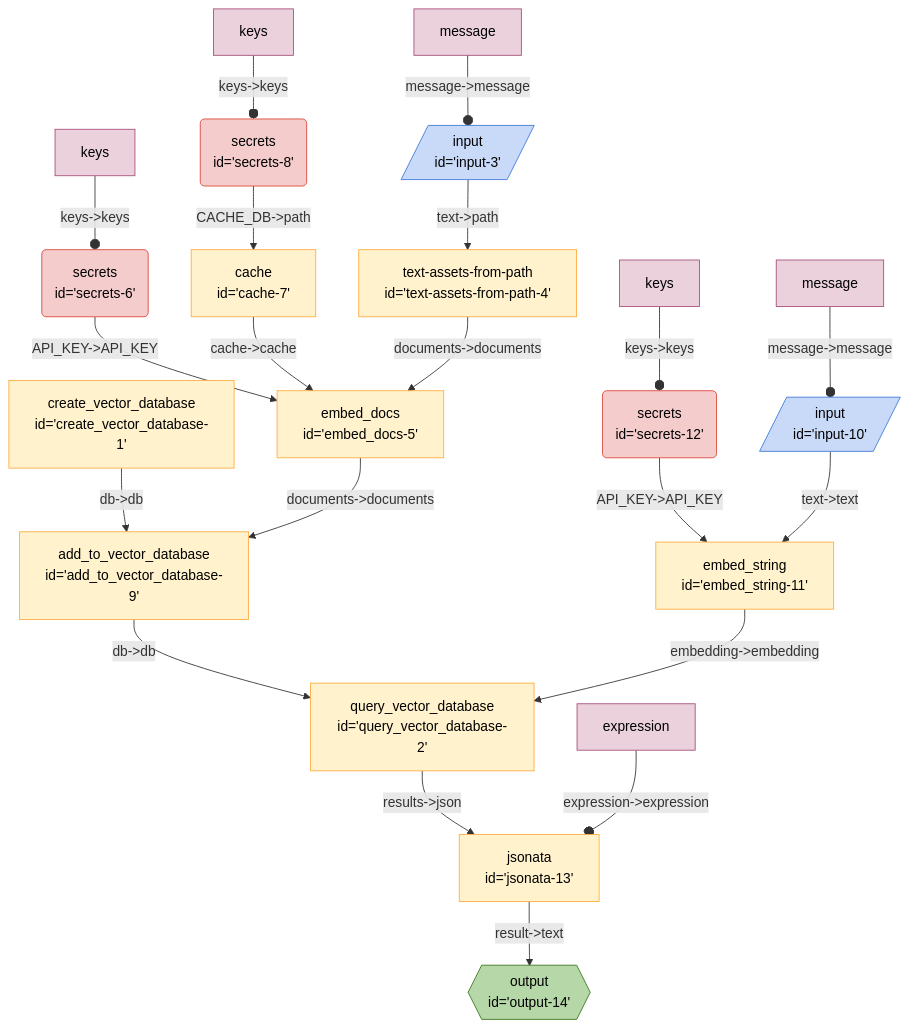
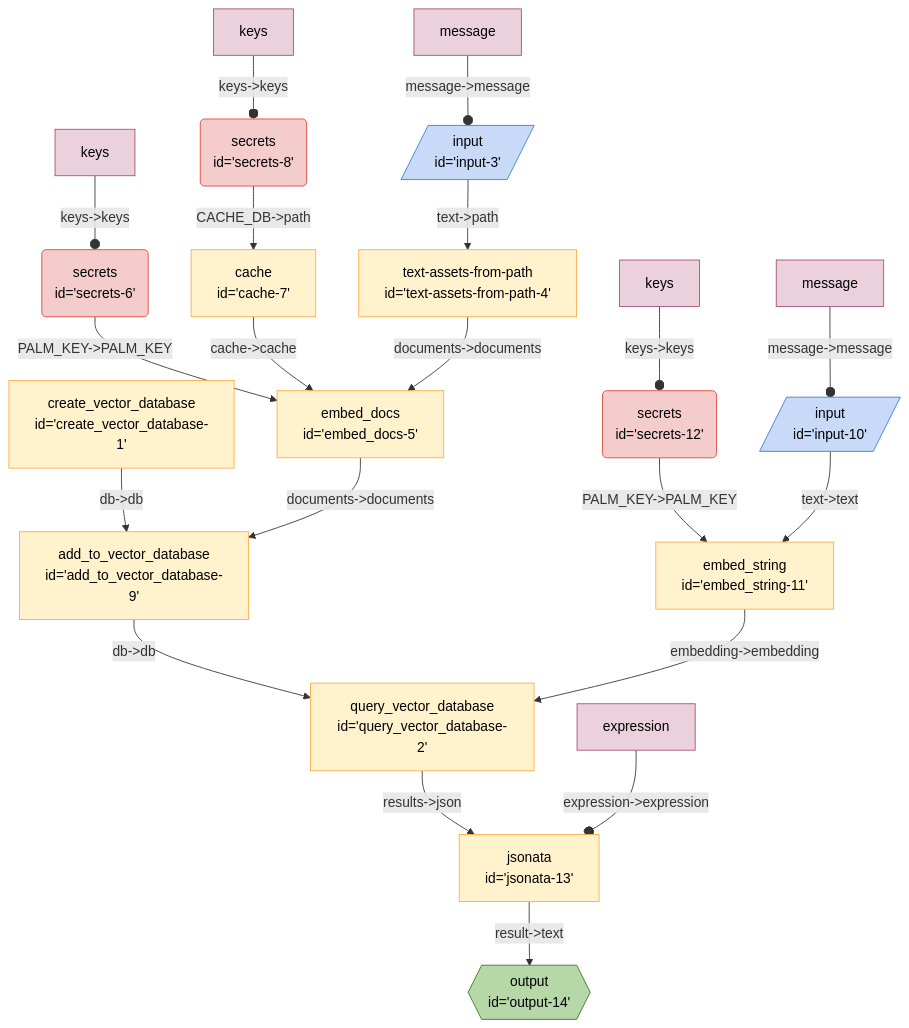
The diagram in seeds/graph-playground/docs/graphs/find-file-by-similarity.md (breadboard-ai/breadboard), drawn with Mermaid before and after one commit. The commit also changed 72 other files, not shown here.

Commit message:
Rename API_KEY to PALM_KEY. Fixes #72.

````diff
--- a/seeds/graph-playground/docs/graphs/find-file-by-similarity.md
+++ b/seeds/graph-playground/docs/graphs/find-file-by-similarity.md
@@ -5,57 +5,57 @@
   ```mermaid
   %%{init: 'themeVariables': { 'fontFamily': 'Fira Code, monospace' }}%%
 graph TD;
 secrets6("secrets
-id='secrets-6'"):::secrets -- "API_KEY->API_KEY" --> embed_docs5["embed_docs
+id='secrets-6'"):::secrets -- "PALM_KEY->PALM_KEY" --> embed_docs5["embed_docs
 id='embed_docs-5'"]
 secrets8("secrets
 id='secrets-8'"):::secrets -- "CACHE_DB->path" --> cache7["cache
 id='cache-7'"]
 cache7["cache
 id='cache-7'"] -- "cache->cache" --> embed_docs5["embed_docs
 id='embed_docs-5'"]
 create_vector_database1["create_vector_database
 id='create_vector_database-1'"] -- "db->db" --> add_to_vector_database9["add_to_vector_database
 id='add_to_vector_database-9'"]
 add_to_vector_database9["add_to_vector_database
 id='add_to_vector_database-9'"] -- "db->db" --> query_vector_database2["query_vector_database
 id='query_vector_database-2'"]
 embed_docs5["embed_docs
 id='embed_docs-5'"] -- "documents->documents" --> add_to_vector_database9["add_to_vector_database
 id='add_to_vector_database-9'"]
 textassetsfrompath4["text-assets-from-path
 id='text-assets-from-path-4'"] -- "documents->documents" --> embed_docs5["embed_docs
 id='embed_docs-5'"]
 input3[/"input
 id='input-3'"/]:::input -- "text->path" --> textassetsfrompath4["text-assets-from-path
 id='text-assets-from-path-4'"]
 secrets12("secrets
-id='secrets-12'"):::secrets -- "API_KEY->API_KEY" --> embed_string11["embed_string
+id='secrets-12'"):::secrets -- "PALM_KEY->PALM_KEY" --> embed_string11["embed_string
 id='embed_string-11'"]
 jsonata13["jsonata
 id='jsonata-13'"] -- "result->text" --> output14{{"output
 id='output-14'"}}:::output
 query_vector_database2["query_vector_database
 id='query_vector_database-2'"] -- "results->json" --> jsonata13["jsonata
 id='jsonata-13'"]
 embed_string11["embed_string
 id='embed_string-11'"] -- "embedding->embedding" --> query_vector_database2["query_vector_database
 id='query_vector_database-2'"]
 input10[/"input
 id='input-10'"/]:::input -- "text->text" --> embed_string11["embed_string
 id='embed_string-11'"]
 messageinput3[message]:::config -- "message->message" --o input3
 keyssecrets6[keys]:::config -- "keys->keys" --o secrets6
 keyssecrets8[keys]:::config -- "keys->keys" --o secrets8
 messageinput10[message]:::config -- "message->message" --o input10
 keyssecrets12[keys]:::config -- "keys->keys" --o secrets12
 expressionjsonata13[expression]:::config -- "expression->expression" --o jsonata13
 classDef default stroke:#ffab40,fill:#fff2ccff,color:#000
 classDef input stroke:#3c78d8,fill:#c9daf8ff,color:#000
 classDef output stroke:#38761d,fill:#b6d7a8ff,color:#000
 classDef passthrough stroke:#a64d79,fill:#ead1dcff,color:#000
 classDef slot stroke:#a64d79,fill:#ead1dcff,color:#000
 classDef config stroke:#a64d79,fill:#ead1dcff,color:#000
 classDef secrets stroke:#db4437,fill:#f4cccc,color:#000
 classDef slotted stroke:#a64d79
   ```
````
